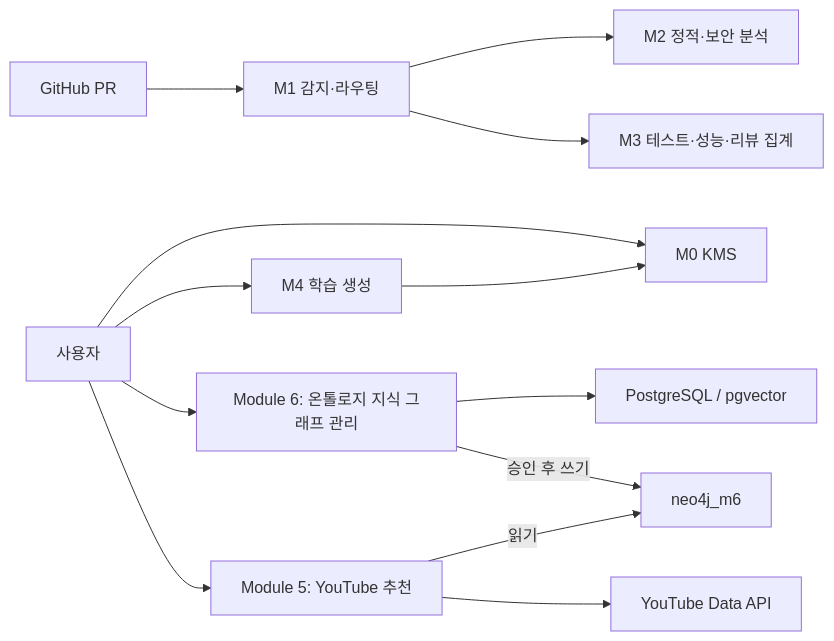
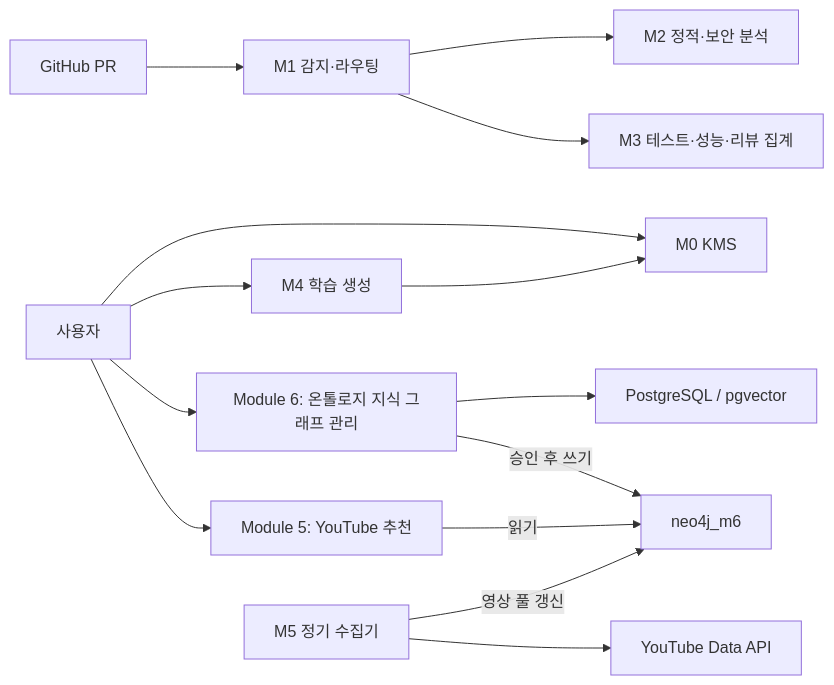
Before and after one commit to ann-star20/Code-Shepherd: the diagram in docs/PRD_v2_module_based.md, drawn with Mermaid. The commit also changed other lines of this file and 39 other files, not shown here.

Commit message:
feat(m5): persist YouTube recommendations with scheduled refresh and HITL docs

````diff
--- a/docs/PRD_v2_module_based.md
+++ b/docs/PRD_v2_module_based.md
@@ -23,15 +23,16 @@
 ```mermaid
 flowchart LR
     GH["GitHub PR"] --> M1["M1 감지·라우팅"]
     M1 --> M2["M2 정적·보안 분석"]
     M1 --> M3["M3 테스트·성능·리뷰 집계"]
     U["사용자"] --> M0["M0 KMS"]
     U --> M4["M4 학습 생성"]
     M4 --> M0
     U --> M6["Module 6: 온톨로지 지식 그래프 관리"]
     M6 --> P["PostgreSQL / pgvector"]
     M6 -->|승인 후 쓰기| N["neo4j_m6"]
     U --> M5["Module 5: YouTube 추천"]
     M5 -->|읽기| N
-    M5 --> Y["YouTube Data API"]
+    C["M5 정기 수집기"] --> Y["YouTube Data API"]
+    C -->|영상 풀 갱신| N
 ```
````
